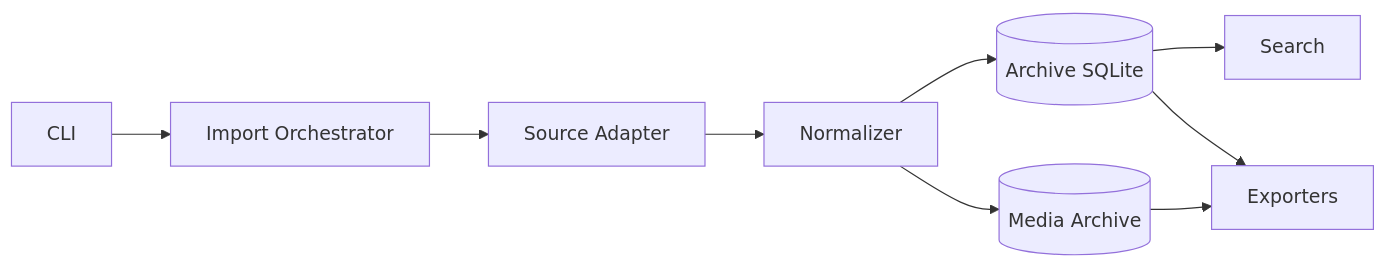
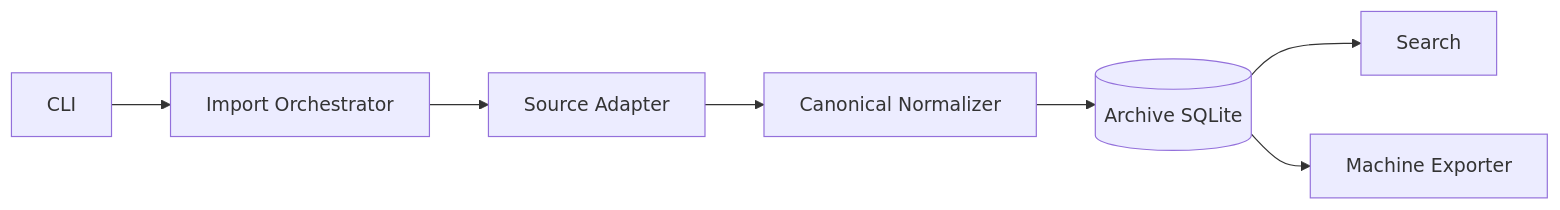
One commit to lybym/WeArchive changed the diagram in README.md. Above: the diagram before and after it, drawn with Mermaid. The commit also changed other lines of this file, not shown here.

Commit message:
docs: refresh README for canonical text-first design

````diff
--- a/README.md
+++ b/README.md
@@ -56,20 +111,17 @@
 ```mermaid
 flowchart LR
     CLI[CLI]
     IMP[Import Orchestrator]
     ADP[Source Adapter]
-    NOR[Normalizer]
+    NOR[Canonical Normalizer]
     ARC[(Archive SQLite)]
-    MED[(Media Archive)]
     SEA[Search]
-    EXP[Exporters]
+    EXP[Machine Exporter]
 
     CLI --> IMP
     IMP --> ADP
     ADP --> NOR
     NOR --> ARC
-    NOR --> MED
     ARC --> SEA
     ARC --> EXP
-    MED --> EXP
 ```
````
